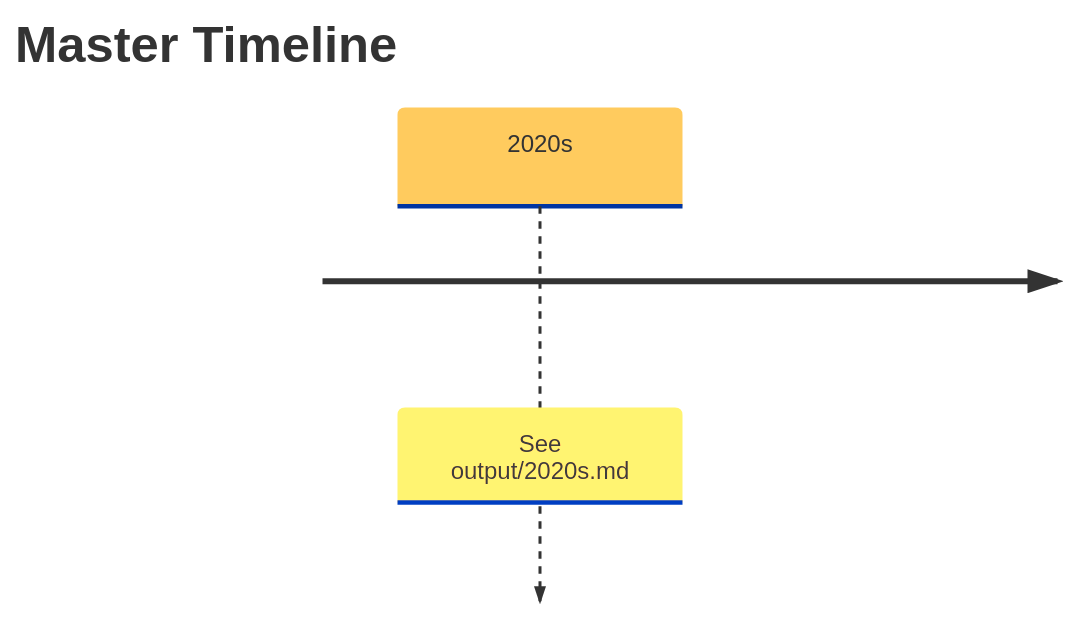
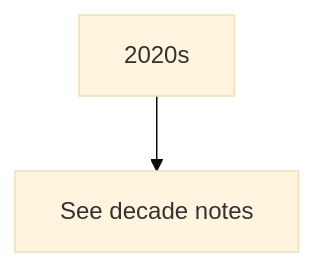
The diagram in master.md (vamsicharanadari/history), drawn with Mermaid (base theme) before and after one commit.

````diff
--- a/master.md
+++ b/master.md
@@ -1,5 +1,5 @@
 ```mermaid
-timeline
-  title Master Timeline
-  2020s : See output/2020s.md
+flowchart TD
+  A[2020s] --> B[See decade notes]
+  click A "output/2020s.md" "Open 2020s file"
 ```
````
